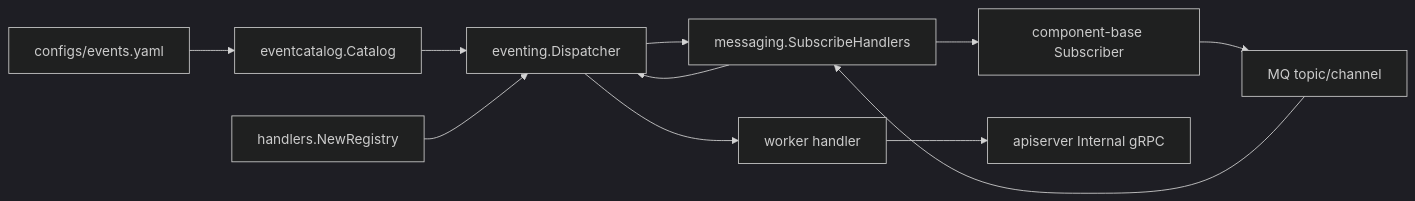
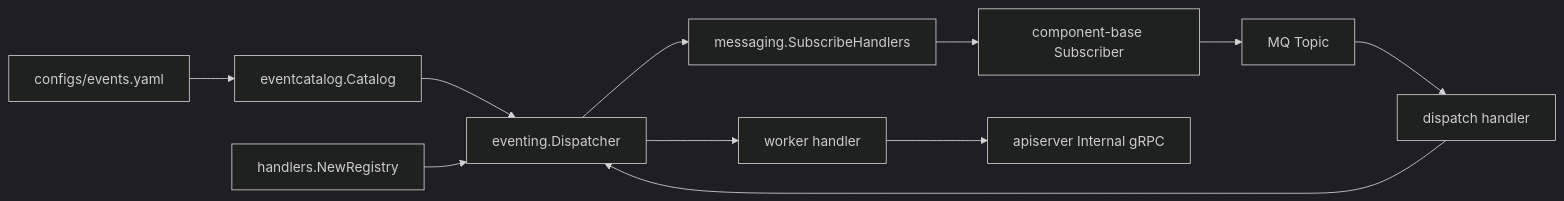
One commit to FangcunMount/qs-server changed the first of 4 diagrams in docs/03-基础设施/event/03-Worker消费与AckNack.md. Above: the diagram before and after it, drawn with Mermaid (dark theme). The commit also changed other lines of this file and 9 other files, not shown here.

````diff
--- a/docs/03-基础设施/event/03-Worker消费与AckNack.md
+++ b/docs/03-基础设施/event/03-Worker消费与AckNack.md
@@ -20,18 +64,24 @@
 ```mermaid
 flowchart LR
     yaml["configs/events.yaml"]
     catalog["eventcatalog.Catalog"]
     registry["handlers.NewRegistry"]
     dispatcher["eventing.Dispatcher"]
-    runtime["messaging.SubscribeHandlers"]
-    subscriber["component-base Subscriber"]
-    mq["MQ topic/channel"]
+    subscriberRuntime["messaging.SubscribeHandlers"]
+    mqSub["component-base Subscriber"]
+    mq["MQ Topic"]
+    runtimeHandler["dispatch handler"]
     handler["worker handler"]
-    api["apiserver Internal gRPC"]
+    grpc["apiserver Internal gRPC"]
 
-    yaml --> catalog --> dispatcher
+    yaml --> catalog
+    catalog --> dispatcher
     registry --> dispatcher
-    dispatcher --> runtime
-    runtime --> subscriber --> mq
-    mq --> runtime --> dispatcher --> handler --> api
+    dispatcher --> subscriberRuntime
+    subscriberRuntime --> mqSub
+    mqSub --> mq
+    mq --> runtimeHandler
+    runtimeHandler --> dispatcher
+    dispatcher --> handler
+    handler --> grpc
 ```
````
